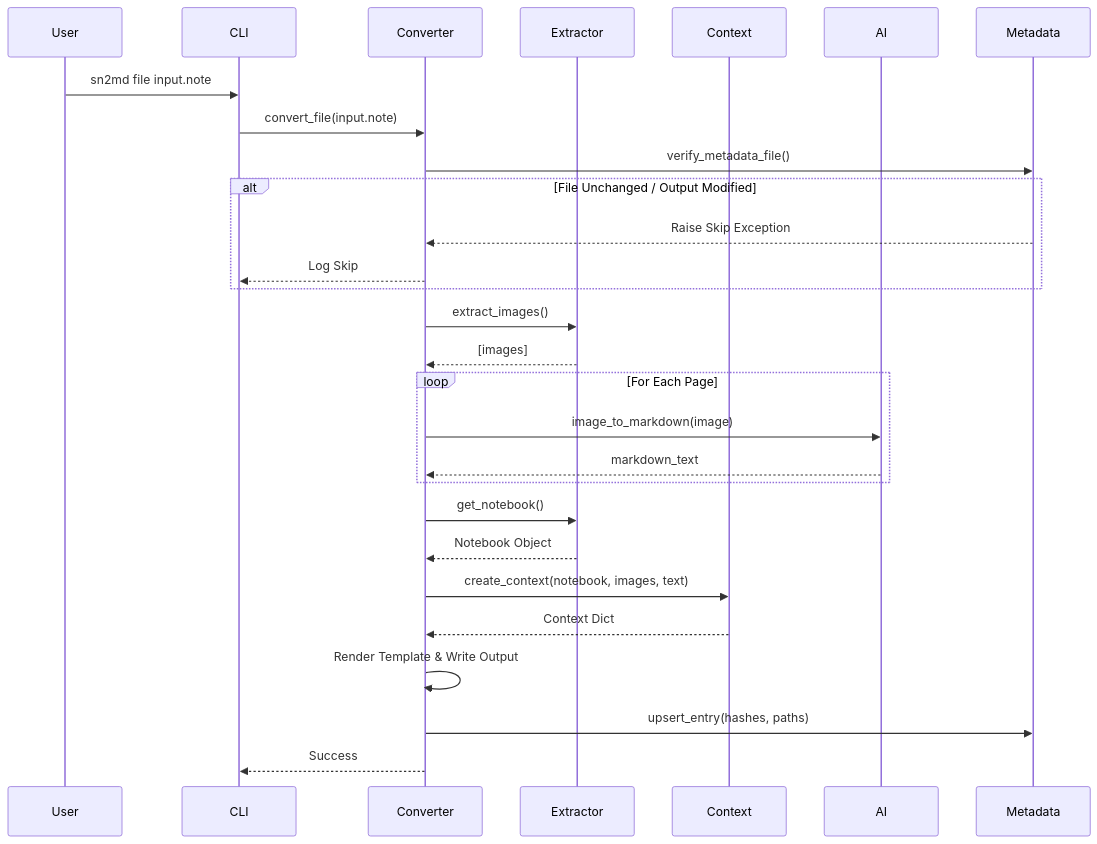
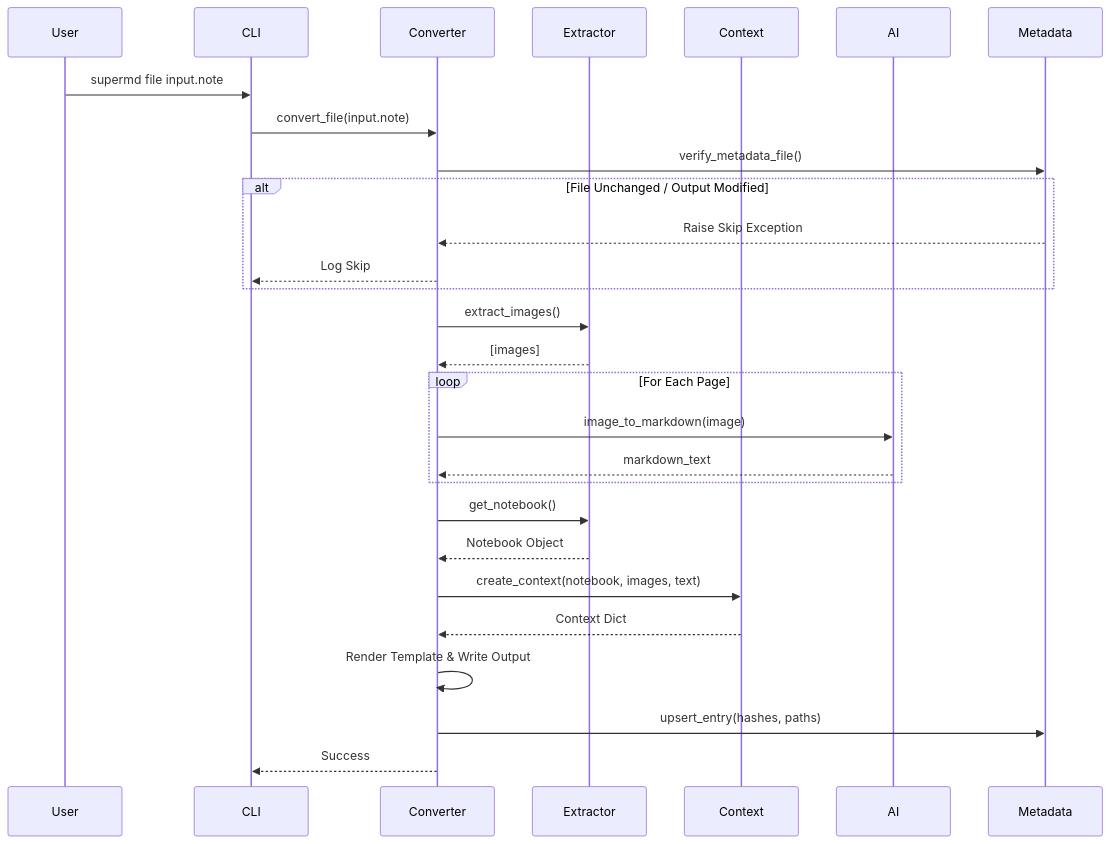
Before and after one commit to rephlex00/SuperMD: the second of 3 diagrams in ARCHITECTURE.md, drawn with Mermaid. The commit also changed other lines of this file and 69 other files, not shown here.

````diff
--- a/ARCHITECTURE.md
+++ b/ARCHITECTURE.md
@@ -49,38 +49,38 @@
 ```mermaid
 sequenceDiagram
     participant User
     participant CLI
     participant Converter
     participant Extractor
     participant Context
     participant AI
     participant Metadata
 
-    User->>CLI: sn2md file input.note
+    User->>CLI: supermd file input.note
     CLI->>Converter: convert_file(input.note)
-    
+
     Converter->>Metadata: verify_metadata_file()
     alt File Unchanged / Output Modified
         Metadata-->>Converter: Raise Skip Exception
         Converter-->>CLI: Log Skip
     end
-    
+
     Converter->>Extractor: extract_images()
     Extractor-->>Converter: [images]
-    
+
     loop For Each Page
         Converter->>AI: image_to_markdown(image)
         AI-->>Converter: markdown_text
     end
-    
+
     Converter->>Extractor: get_notebook()
     Extractor-->>Converter: Notebook Object
-    
+
     Converter->>Context: create_context(notebook, images, text)
     Context-->>Converter: Context Dict
-    
+
     Converter->>Converter: Render Template & Write Output
-    
+
     Converter->>Metadata: upsert_entry(hashes, paths)
     Converter-->>CLI: Success
 ```
````
